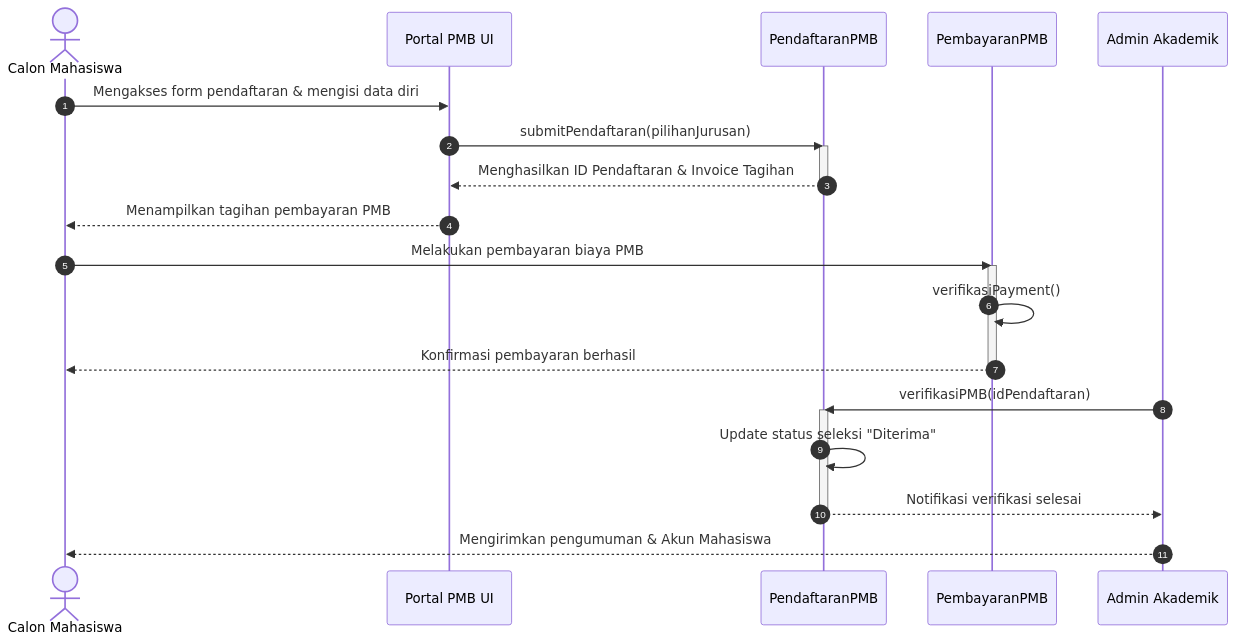
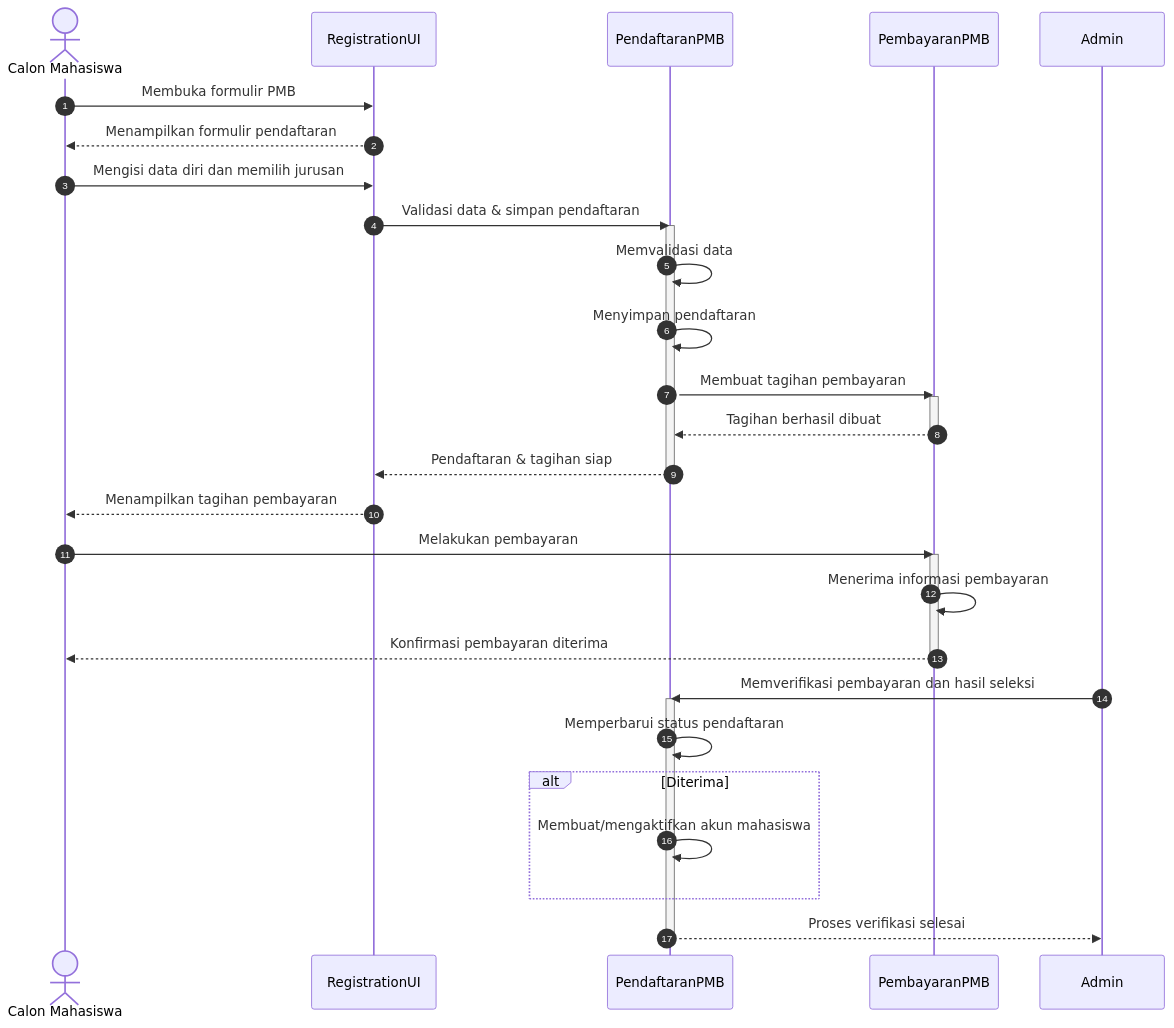
The diagram in repo-structure/diagrams/sequence-pmb.mmd (ghiffari-dev/Sevima-Mini), drawn with Mermaid before and after one commit. The commit also changed 2 other files, not shown here.

Commit message:
Refine sequence diagrams for PMB and KRS according to detailed business rules and update ai-usage-log

```diff
--- a/repo-structure/diagrams/sequence-pmb.mmd
+++ b/repo-structure/diagrams/sequence-pmb.mmd
@@ -1,29 +1,38 @@
 %% Sequence Diagram - Pendaftaran Mahasiswa Baru (PMB)
 sequenceDiagram
     autonumber
     actor CalonMahasiswa as Calon Mahasiswa
-    participant UI as Portal PMB UI
-    participant Pendaftaran as PendaftaranPMB
-    participant Payment as PembayaranPMB
-    participant Admin as Admin Akademik
+    participant RegistrationUI as RegistrationUI
+    participant PendaftaranPMB as PendaftaranPMB
+    participant PembayaranPMB as PembayaranPMB
+    participant Admin as Admin
 
-    CalonMahasiswa->>UI: Mengakses form pendaftaran & mengisi data diri
-    UI->>Pendaftaran: submitPendaftaran(pilihanJurusan)
-    activate Pendaftaran
-    Pendaftaran-->>UI: Menghasilkan ID Pendaftaran & Invoice Tagihan
-    deactivate Pendaftaran
+    CalonMahasiswa->>RegistrationUI: Membuka formulir PMB
+    RegistrationUI-->>CalonMahasiswa: Menampilkan formulir pendaftaran
+    CalonMahasiswa->>RegistrationUI: Mengisi data diri dan memilih jurusan
+    RegistrationUI->>PendaftaranPMB: Validasi data & simpan pendaftaran
+    activate PendaftaranPMB
+    PendaftaranPMB->>PendaftaranPMB: Memvalidasi data
+    PendaftaranPMB->>PendaftaranPMB: Menyimpan pendaftaran
+    PendaftaranPMB->>PembayaranPMB: Membuat tagihan pembayaran
+    activate PembayaranPMB
+    PembayaranPMB-->>PendaftaranPMB: Tagihan berhasil dibuat
+    deactivate PembayaranPMB
+    PendaftaranPMB-->>RegistrationUI: Pendaftaran & tagihan siap
+    deactivate PendaftaranPMB
+    RegistrationUI-->>CalonMahasiswa: Menampilkan tagihan pembayaran
 
-    UI-->>CalonMahasiswa: Menampilkan tagihan pembayaran PMB
-    CalonMahasiswa->>Payment: Melakukan pembayaran biaya PMB
-    activate Payment
-    Payment->>Payment: verifikasiPayment()
-    Payment-->>CalonMahasiswa: Konfirmasi pembayaran berhasil
-    deactivate Payment
+    CalonMahasiswa->>PembayaranPMB: Melakukan pembayaran
+    activate PembayaranPMB
+    PembayaranPMB->>PembayaranPMB: Menerima informasi pembayaran
+    PembayaranPMB-->>CalonMahasiswa: Konfirmasi pembayaran diterima
+    deactivate PembayaranPMB
 
-    Admin->>Pendaftaran: verifikasiPMB(idPendaftaran)
-    activate Pendaftaran
-    Pendaftaran->>Pendaftaran: Update status seleksi "Diterima"
-    Pendaftaran-->>Admin: Notifikasi verifikasi selesai
-    deactivate Pendaftaran
-
-    Admin-->>CalonMahasiswa: Mengirimkan pengumuman & Akun Mahasiswa
+    Admin->>PendaftaranPMB: Memverifikasi pembayaran dan hasil seleksi
+    activate PendaftaranPMB
+    PendaftaranPMB->>PendaftaranPMB: Memperbarui status pendaftaran
+    alt Diterima
+        PendaftaranPMB->>PendaftaranPMB: Membuat/mengaktifkan akun mahasiswa
+    end
+    PendaftaranPMB-->>Admin: Proses verifikasi selesai
+    deactivate PendaftaranPMB
```
